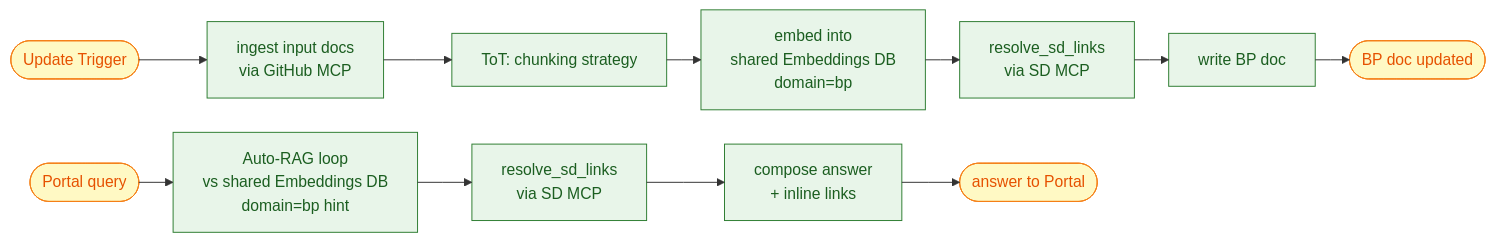
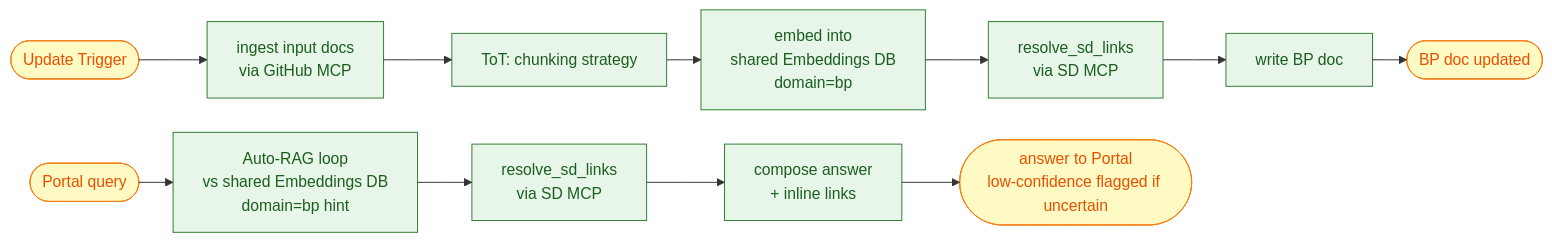
The fourth of 5 diagrams in PROJECT_ARCHITECTURE.md (kikecorona/agentic-ai-capstone-project), drawn with Mermaid before and after one commit. The commit also changed other lines of this file and 1 other file, not shown here.

Commit message:
Simplified SME flow

````diff
--- a/PROJECT_ARCHITECTURE.md
+++ b/PROJECT_ARCHITECTURE.md
@@ -552,18 +637,18 @@
 ```mermaid
 %%{init: {'flowchart': {'defaultRenderer': 'elk', 'curve': 'step'}}}%%
 flowchart LR
     Trig([Update Trigger]) --> Ingest[ingest input docs<br/>via GitHub MCP]
     Port([Portal query]) --> Auto[Auto-RAG loop<br/>vs shared Embeddings DB<br/>domain=bp hint]
     Ingest --> ToT[ToT: chunking strategy]
     ToT --> Embed[embed into<br/>shared Embeddings DB<br/>domain=bp]
     Embed --> XR1[resolve_sd_links<br/>via SD MCP]
     XR1 --> Write[write BP doc]
     Write --> Done([BP doc updated])
     Auto --> XR2[resolve_sd_links<br/>via SD MCP]
     XR2 --> Compose[compose answer<br/>+ inline links]
-    Compose --> Out([answer to Portal])
+    Compose --> Out([answer to Portal<br/>low-confidence flagged if uncertain])
     classDef node fill: #E8F5E9, stroke: #2E7D32, color: #1B5E20
     classDef portal fill: #FFF9C4, stroke: #F57F17, color: #E65100
     class Ingest,ToT,Embed,XR1,Write,Auto,XR2,Compose node
     class Trig,Port,Done,Out portal
 ```
````
